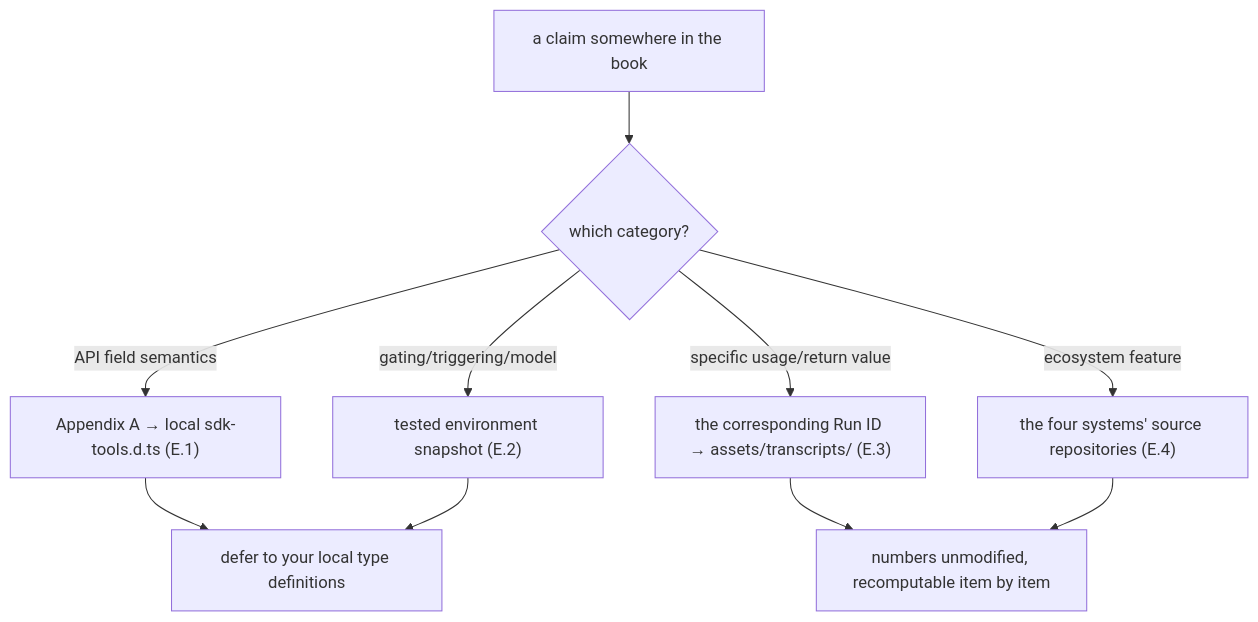
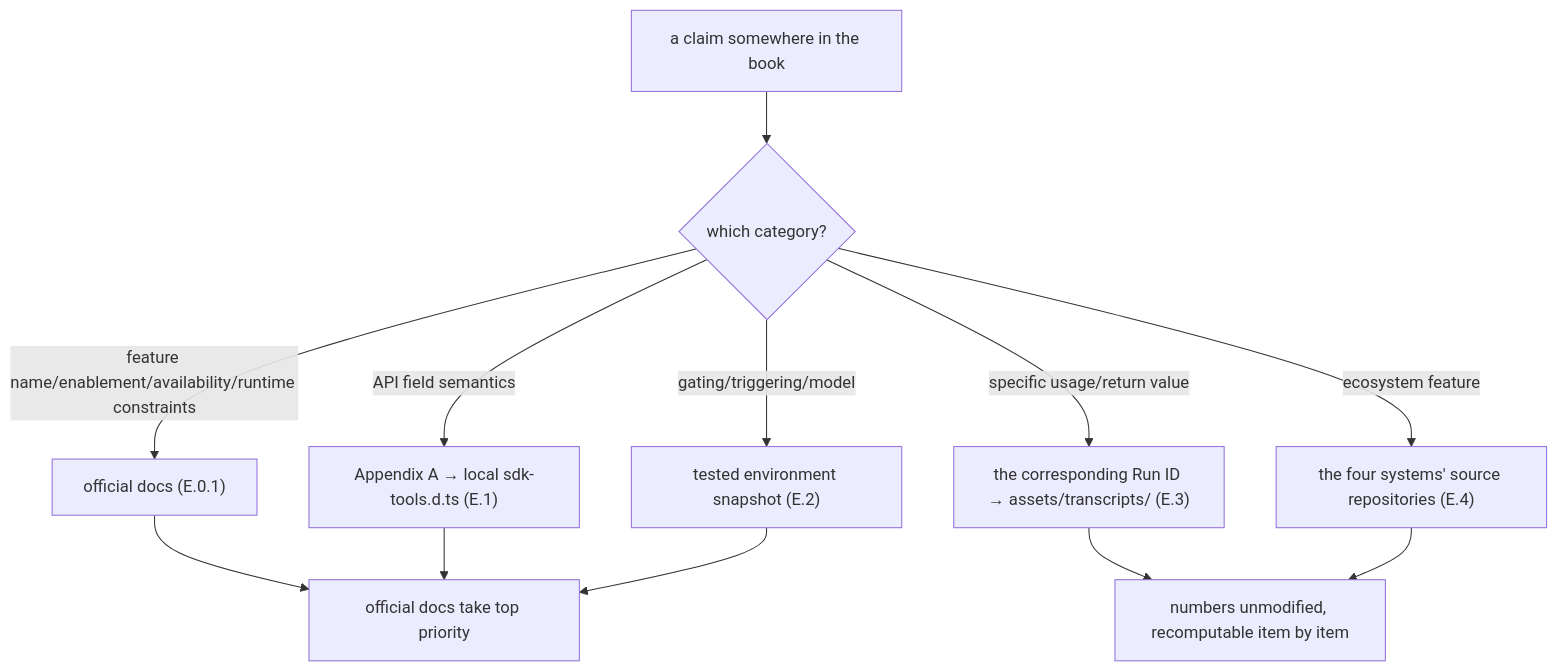
The diagram in docs/en/app-e-sources.md (AGI-is-going-to-arrive/workflow-cookbook), drawn with Mermaid before and after one commit. The commit also changed other lines of this file and 44 other files, not shown here.

````diff
--- a/docs/en/app-e-sources.md
+++ b/docs/en/app-e-sources.md
@@ -160,12 +180,14 @@
 ```mermaid
 flowchart TD
   A["a claim somewhere in the book"] --> B{which category?}
+  B -->|feature name/enablement/availability/runtime constraints| Z["official docs (E.0.1)"]
   B -->|API field semantics| C["Appendix A → local sdk-tools.d.ts (E.1)"]
   B -->|gating/triggering/model| D["tested environment snapshot (E.2)"]
   B -->|specific usage/return value| E["the corresponding Run ID → assets/transcripts/ (E.3)"]
   B -->|ecosystem feature| F["the four systems' source repositories (E.4)"]
-  C --> G["defer to your local type definitions"]
+  Z --> G["official docs take top priority"]
+  C --> G
   D --> G
   E --> H["numbers unmodified, recomputable item by item"]
   F --> H
 ```
````
